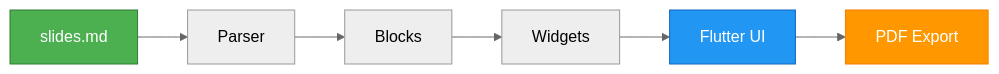
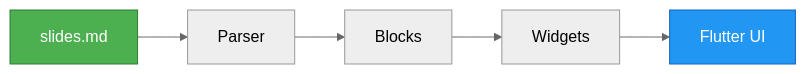
Before and after one commit to btwld/superdeck: the diagram in demo/showcase.md, drawn with Mermaid (neutral theme). The commit also changed other lines of this file and 62 other files, not shown here.

````diff
--- a/demo/showcase.md
+++ b/demo/showcase.md
@@ -202,12 +201,10 @@
 ```mermaid
 flowchart LR
     A["slides.md"] --> B["Parser"]
     B --> C["Blocks"]
     C --> D["Widgets"]
     D --> E["Flutter UI"]
-    E --> F["PDF Export"]
 
     style A fill:#4CAF50,stroke:#2E7D32,color:#fff
     style E fill:#2196F3,stroke:#1565C0,color:#fff
-    style F fill:#FF9800,stroke:#F57C00,color:#fff
 ```
````
